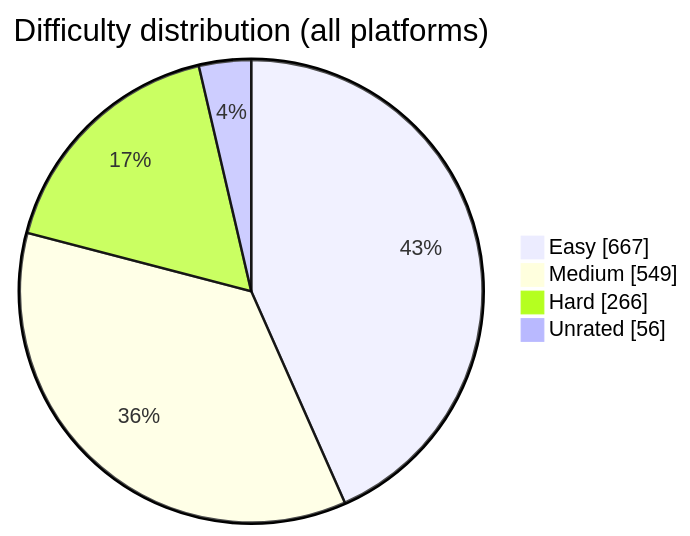
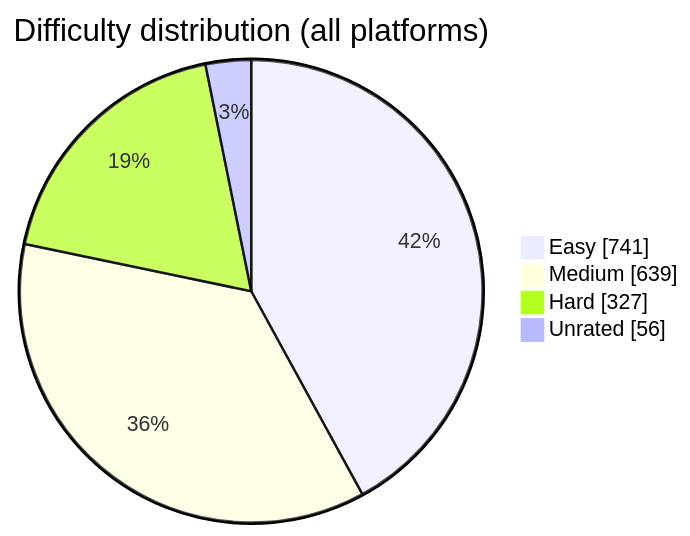
Before and after one commit to BuildbyArindam/Daily-Coding-Log: the diagram in README.md, drawn with Mermaid. The commit also changed other lines of this file, not shown here.

````diff
--- a/README.md
+++ b/README.md
@@ -93,7 +93,7 @@
 ```mermaid
 pie showData title Difficulty distribution (all platforms)
-    "Easy" : 667
-    "Medium" : 549
-    "Hard" : 266
+    "Easy" : 741
+    "Medium" : 639
+    "Hard" : 327
     "Unrated" : 56
 ```
````
